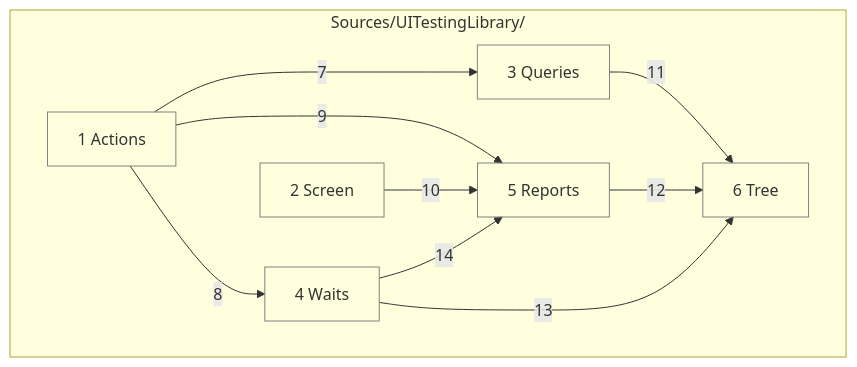
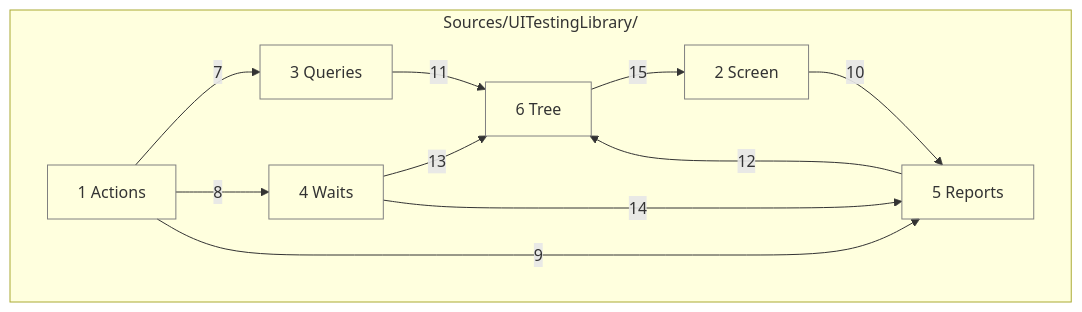
Before and after one commit to may-journal/apple-ui-testing-library: the diagram in docs/architecture/04-code.md, drawn with Mermaid. The commit also changed other lines of this file and 52 other files, not shown here.

````diff
--- a/docs/architecture/04-code.md
+++ b/docs/architecture/04-code.md
@@ -13,22 +13,23 @@
 ```mermaid
 flowchart TB
     subgraph src["Sources/UITestingLibrary/"]
         actions["1 Actions"]:::layer
         screen["2 Screen"]:::layer
         queries["3 Queries"]:::layer
         waits["4 Waits"]:::layer
         reports["5 Reports"]:::layer
         tree["6 Tree"]:::layer
     end
 
     actions -->|7| queries
     actions -->|8| waits
     actions -->|9| reports
     screen -->|10| reports
     queries -->|11| tree
     reports -->|12| tree
     waits -->|13| tree
     waits -->|14| reports
+    tree -->|15| screen
 
     classDef layer fill:none,stroke:gray
 ```
````
